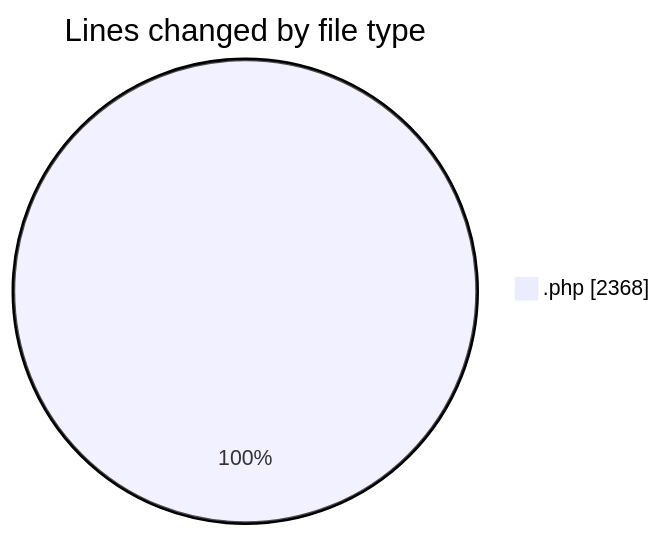
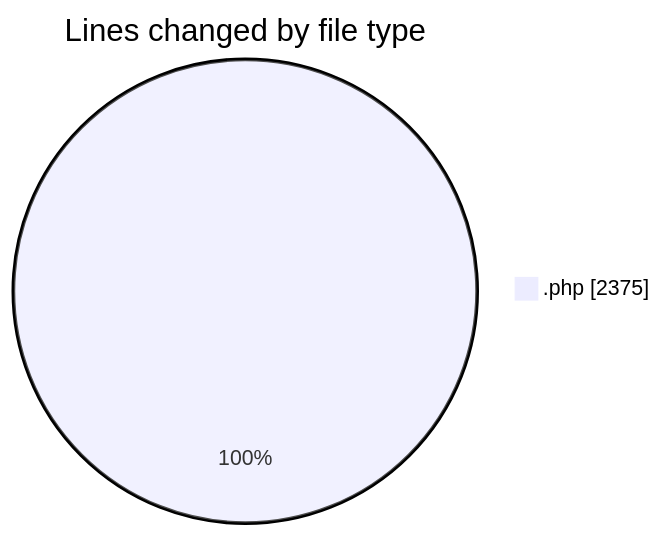
The first of 2 diagrams in 2025-10-08/untitled__workspace_/README.md (debugP/code-tracking), drawn with Mermaid before and after one commit. The commit also changed other lines of this file and 1 other file, not shown here.

````diff
--- a/2025-10-08/untitled__workspace_/README.md
+++ b/2025-10-08/untitled__workspace_/README.md
@@ -24,5 +24,5 @@
 ```mermaid
 pie showData
 title Lines changed by file type
-".php" : 2368
+".php" : 2375
 ```
````
